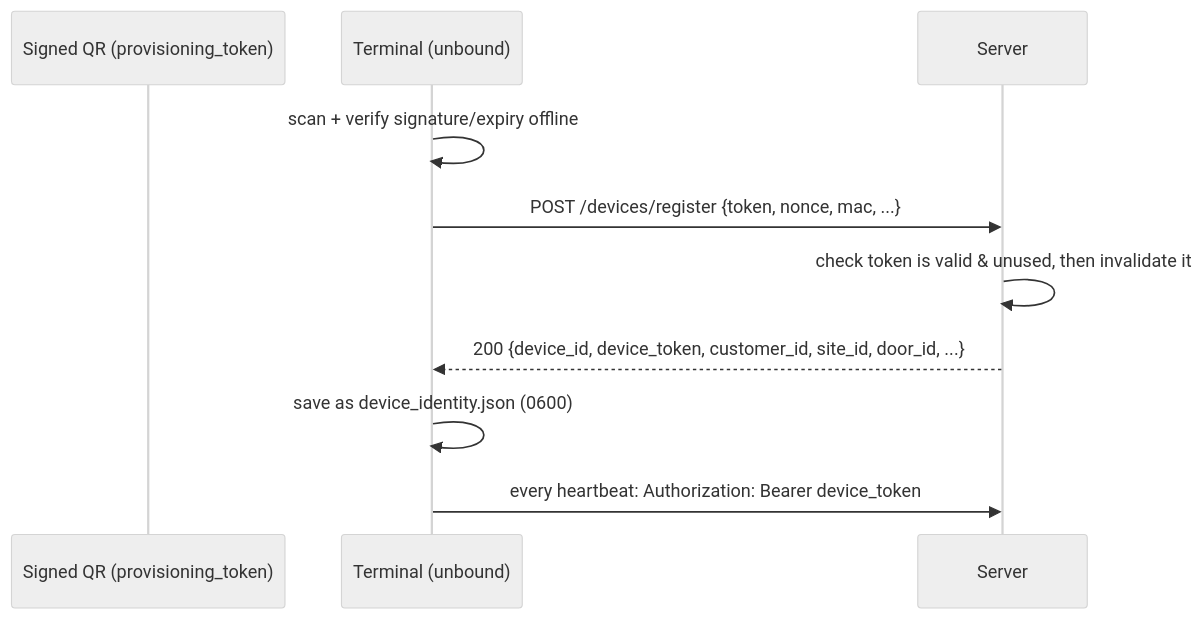
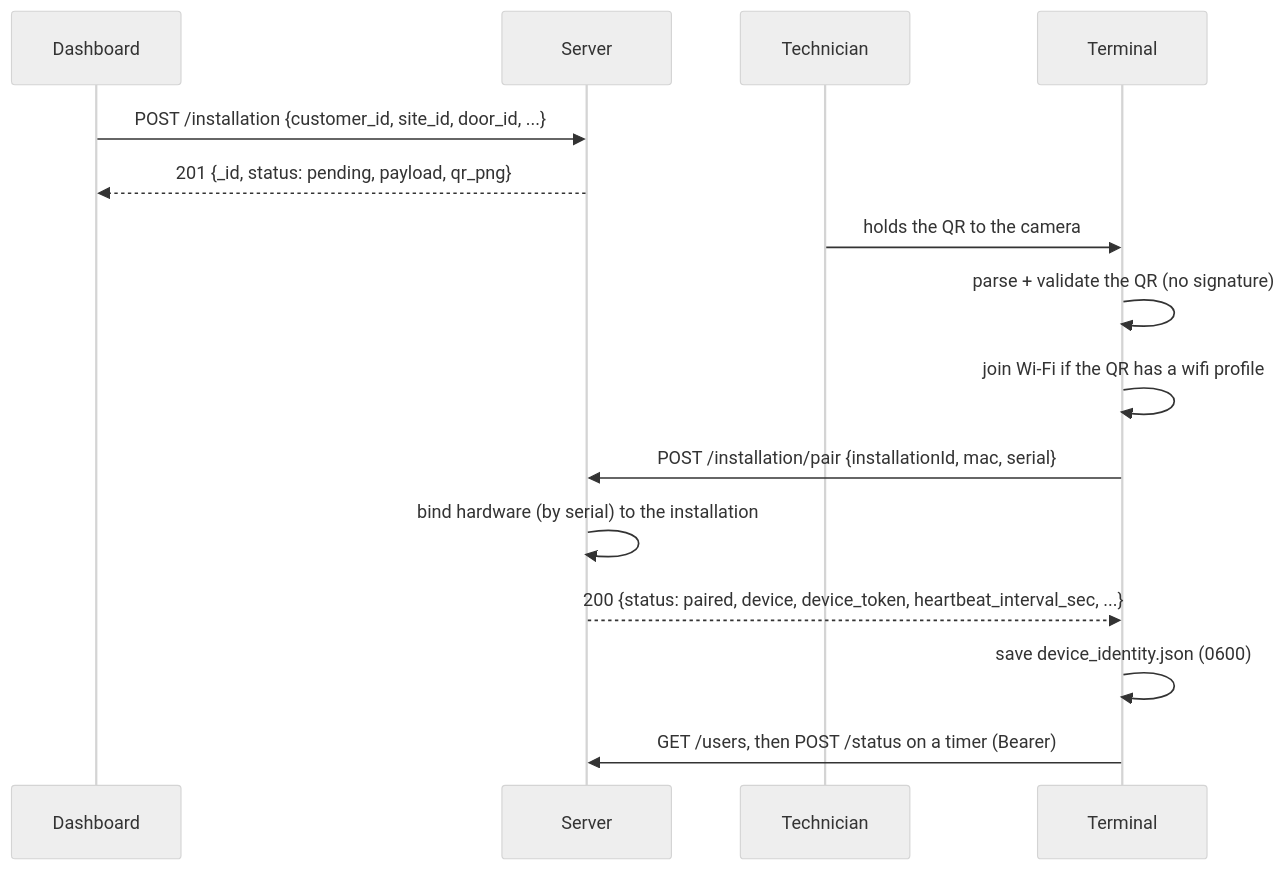
One commit to gekakud/RSID_Face_Guard changed the diagram in docs/DEVICE_SERVER_API.md. Above: the diagram before and after it, drawn with Mermaid (neutral theme). The commit also changed other lines of this file and 3 other files, not shown here.

````diff
--- a/docs/DEVICE_SERVER_API.md
+++ b/docs/DEVICE_SERVER_API.md
@@ -152,13 +84,18 @@
 ```mermaid
 sequenceDiagram
-    participant QR as Signed QR (provisioning_token)
-    participant Dev as Terminal (unbound)
+    participant Dash as Dashboard
     participant Srv as Server
+    participant Tech as Technician
+    participant Dev as Terminal
 
-    Dev->>Dev: scan + verify signature/expiry offline
-    Dev->>Srv: POST /devices/register {token, nonce, mac, ...}
-    Srv->>Srv: check token is valid & unused, then invalidate it
-    Srv-->>Dev: 200 {device_id, device_token, customer_id, site_id, door_id, ...}
-    Dev->>Dev: save as device_identity.json (0600)
-    Dev->>Srv: every heartbeat: Authorization: Bearer device_token
+    Dash->>Srv: POST /installation {customer_id, site_id, door_id, ...}
+    Srv-->>Dash: 201 {_id, status: pending, payload, qr_png}
+    Tech->>Dev: holds the QR to the camera
+    Dev->>Dev: parse + validate the QR (no signature)
+    Dev->>Dev: join Wi-Fi if the QR has a wifi profile
+    Dev->>Srv: POST /installation/pair {installationId, mac, serial}
+    Srv->>Srv: bind hardware (by serial) to the installation
+    Srv-->>Dev: 200 {status: paired, device, device_token, heartbeat_interval_sec, ...}
+    Dev->>Dev: save device_identity.json (0600)
+    Dev->>Srv: GET /users, then POST /status on a timer (Bearer)
 ```
````
